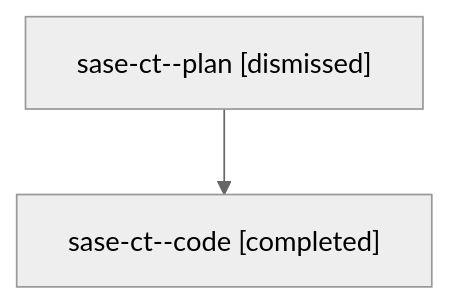
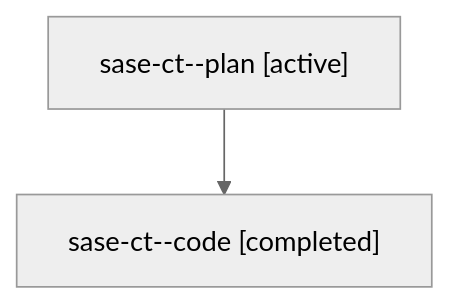
One commit to sase-org/sase--agents changed the diagram in families/bbugyi200.athena.sase-ct.md. Above: the diagram before and after it, drawn with Mermaid (neutral theme). The commit also changed other lines of this file and 35830 other files, not shown here.

````diff
--- a/families/bbugyi200.athena.sase-ct.md
+++ b/families/bbugyi200.athena.sase-ct.md
@@ -9,6 +9,6 @@
 ```mermaid
 flowchart TD
-  n0["sase-ct--plan [dismissed]"]
+  n0["sase-ct--plan [active]"]
   n1["sase-ct--code [completed]"]
   n0 --> n1
 ```
````
